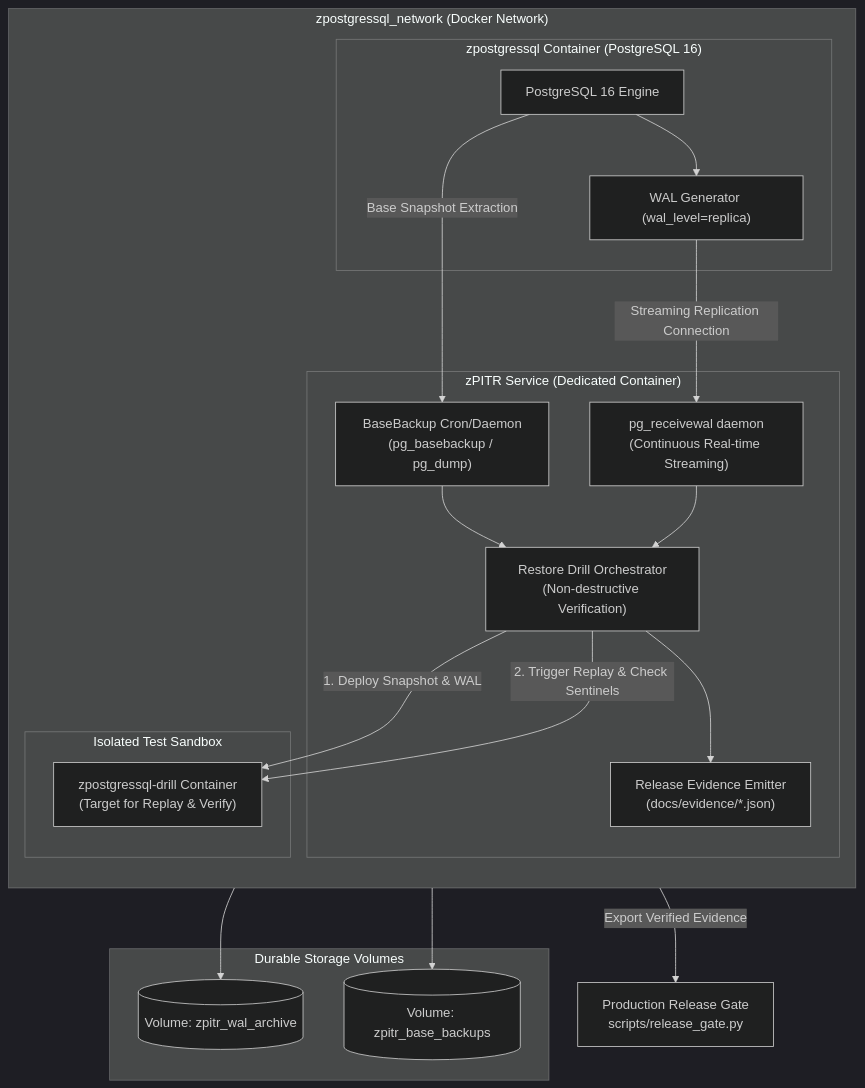
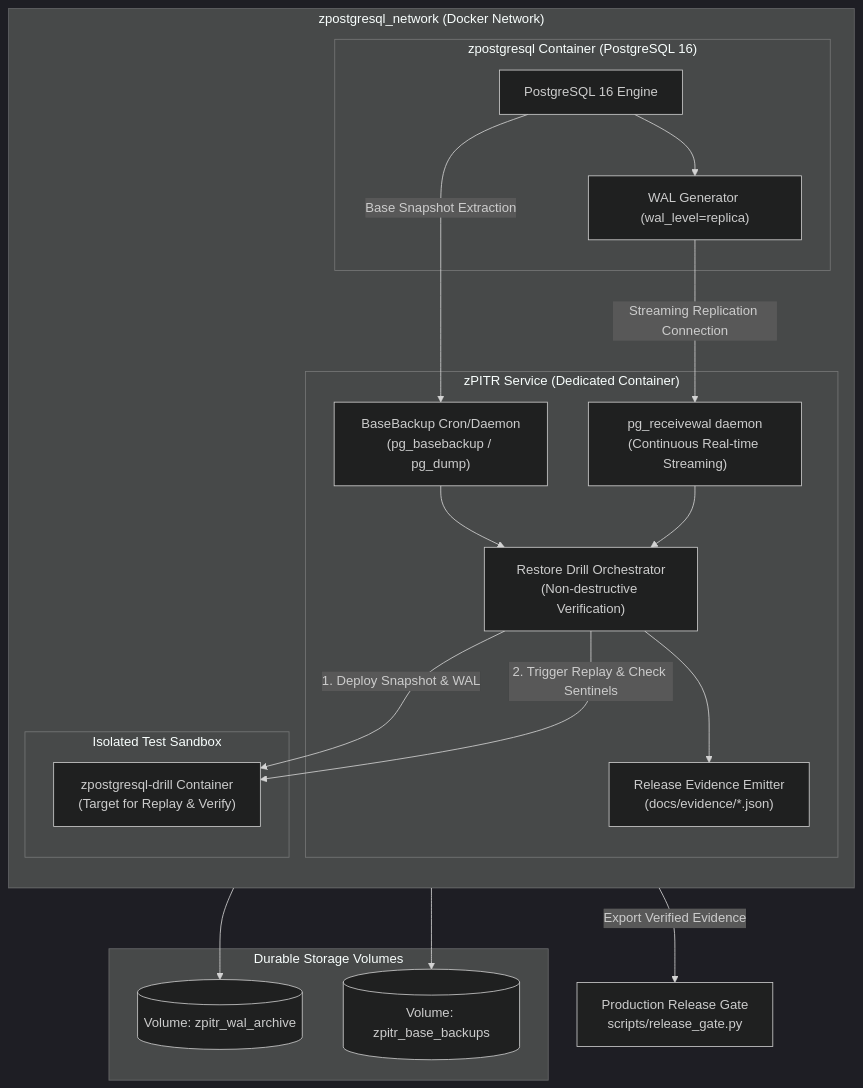
The diagram in docs/operations/zpitr-implementation.md (cvsz/zcoder), drawn with Mermaid (dark theme) before and after one commit. The commit also changed other lines of this file and 44 other files, not shown here.

First line of the commit message:
feat: migrate Docker PostgreSQL from zpostgressql to zpostgresql

````diff
--- a/docs/operations/zpitr-implementation.md
+++ b/docs/operations/zpitr-implementation.md
@@ -26,41 +26,41 @@
 ```mermaid
 flowchart TD
-    subgraph PrimaryNetwork ["zpostgressql_network (Docker Network)"]
+    subgraph PrimaryNetwork ["zpostgresql_network (Docker Network)"]
         direction TB
-        subgraph PrimaryDB ["zpostgressql Container (PostgreSQL 16)"]
+        subgraph PrimaryDB ["zpostgresql Container (PostgreSQL 16)"]
             PGCore["PostgreSQL 16 Engine"]
             WALEngine["WAL Generator (wal_level=replica)"]
             PGCore --> WALEngine
         end
 
         subgraph zPITRContainer ["zPITR Service (Dedicated Container)"]
             WALReceiver["pg_receivewal daemon<br/>(Continuous Real-time Streaming)"]
             BaseBackupRunner["BaseBackup Cron/Daemon<br/>(pg_basebackup / pg_dump)"]
             DrillOrchestrator["Restore Drill Orchestrator<br/>(Non-destructive Verification)"]
             EvidenceEmitter["Release Evidence Emitter<br/>(docs/evidence/*.json)"]
             
             BaseBackupRunner --> DrillOrchestrator
             WALReceiver --> DrillOrchestrator
             DrillOrchestrator --> EvidenceEmitter
         end
 
         subgraph TestEnvironment ["Isolated Test Sandbox"]
-            IsolatedPG["zpostgressql-drill Container<br/>(Target for Replay & Verify)"]
+            IsolatedPG["zpostgresql-drill Container<br/>(Target for Replay & Verify)"]
         end
     end
 
     subgraph StorageVolumes ["Durable Storage Volumes"]
         WALVol[("Volume: zpitr_wal_archive")]
         BaseVol[("Volume: zpitr_base_backups")]
     end
 
     WALEngine -- "Streaming Replication Connection" --> WALReceiver
     PGCore -- "Base Snapshot Extraction" --> BaseBackupRunner
     
     WALReceiver --> WALVol
     BaseBackupRunner --> BaseVol
     
     DrillOrchestrator -- "1. Deploy Snapshot & WAL" --> IsolatedPG
     DrillOrchestrator -- "2. Trigger Replay & Check Sentinels" --> IsolatedPG
     EvidenceEmitter -- "Export Verified Evidence" --> Gate["Production Release Gate<br/>scripts/release_gate.py"]
 ```
````
